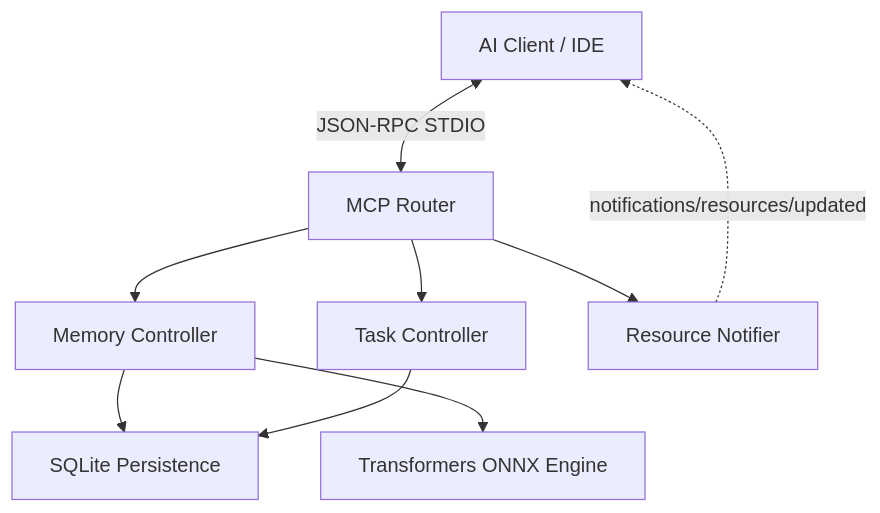
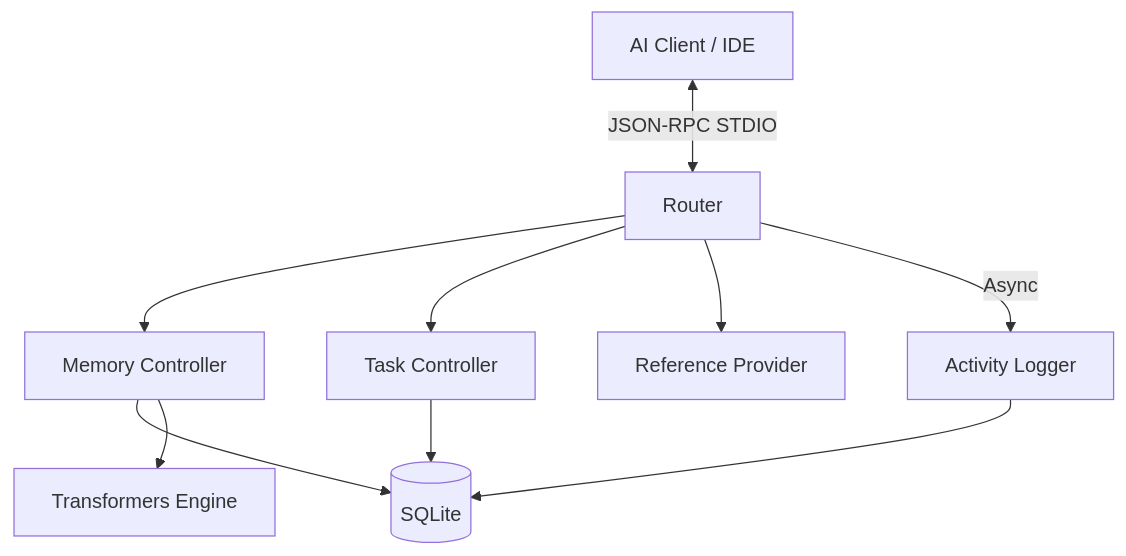
Before and after one commit to vheins/local-memory-mcp: the diagram in .agents/documents/application/modules/mcp-server/overview.md, drawn with Mermaid. The commit also changed other lines of this file and 29 other files, not shown here.

Commit message:
docs: update architecture, design, and requirements documentation to reflect core system refinements and UI improvements

````diff
--- a/.agents/documents/application/modules/mcp-server/overview.md
+++ b/.agents/documents/application/modules/mcp-server/overview.md
@@ -13,11 +19,14 @@
 ```mermaid
 graph TD
-    A[AI Client / IDE] <-->|JSON-RPC STDIO| B[MCP Router]
+    A[AI Client / IDE] <-->|JSON-RPC STDIO| B[Router]
     B --> C[Memory Controller]
     B --> D[Task Controller]
-    C --> E[SQLite Persistence]
+    B --> G[Reference Provider]
+    
+    C --> E[(SQLite)]
     D --> E
-    C --> F[Transformers ONNX Engine]
-    B --> G[Resource Notifier]
-    G -.->|notifications/resources/updated| A
+    C --> F[Transformers Engine]
+    
+    B -- Async --> H[Activity Logger]
+    H --> E
 ```
````
